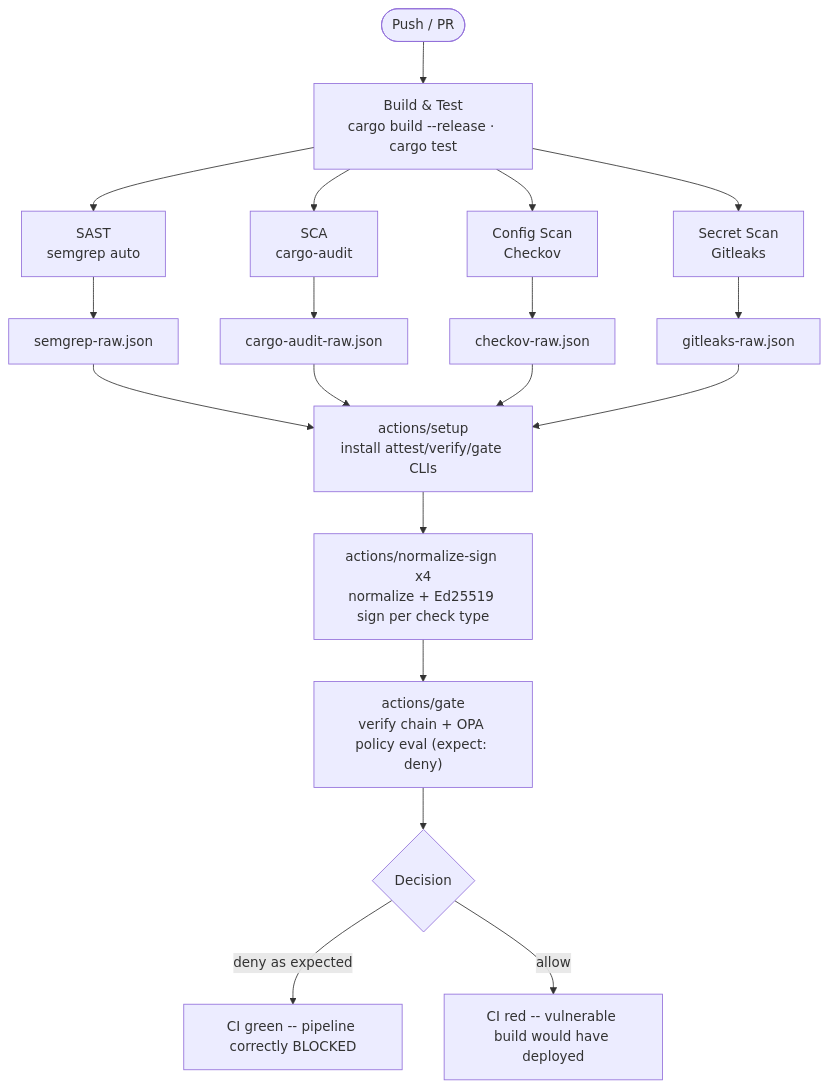
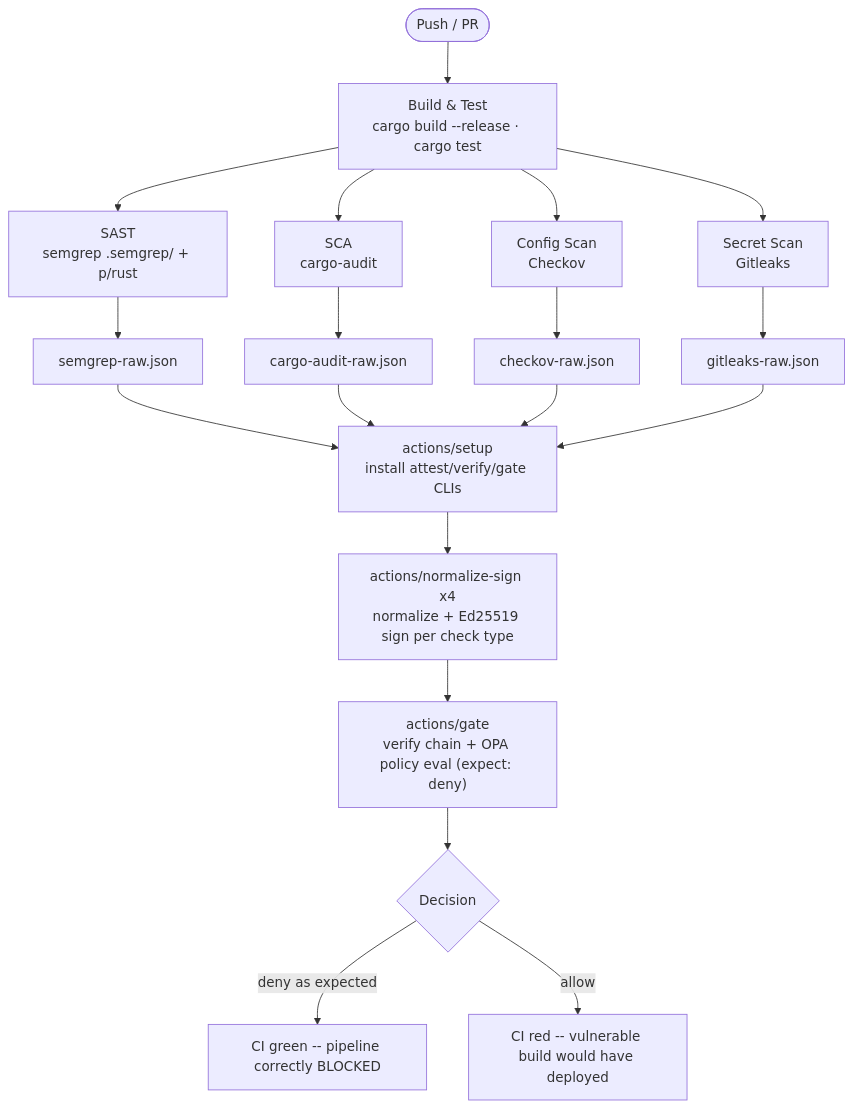
Before and after one commit to MemerGamer/Rust-DevSecOps-Demo: the diagram in README.md, drawn with Mermaid. The commit also changed other lines of this file and 5 other files, not shown here.

````diff
--- a/README.md
+++ b/README.md
@@ -73,18 +102,18 @@
 ```mermaid
 flowchart TD
     A([Push / PR]) --> B["Build & Test\ncargo build --release · cargo test"]
-    B --> C["SAST\nsemgrep auto"]
+    B --> C["SAST\nsemgrep .semgrep/ + p/rust"]
     B --> D["SCA\ncargo-audit"]
     B --> E["Config Scan\nCheckov"]
     B --> F["Secret Scan\nGitleaks"]
     C --> G[semgrep-raw.json]
     D --> H[cargo-audit-raw.json]
     E --> I[checkov-raw.json]
     F --> J[gitleaks-raw.json]
     G & H & I & J --> K["actions/setup\ninstall attest/verify/gate CLIs"]
     K --> L["actions/normalize-sign x4\nnormalize + Ed25519 sign per check type"]
     L --> M["actions/gate\nverify chain + OPA policy eval (expect: deny)"]
     M --> N{Decision}
     N -->|deny as expected| O[CI green -- pipeline correctly BLOCKED]
     N -->|allow| P[CI red -- vulnerable build would have deployed]
 ```
````
